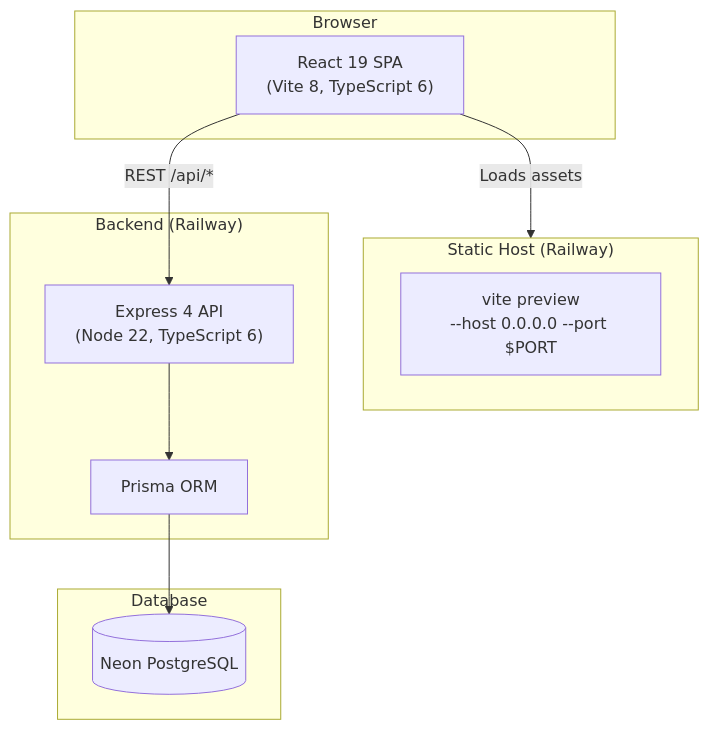
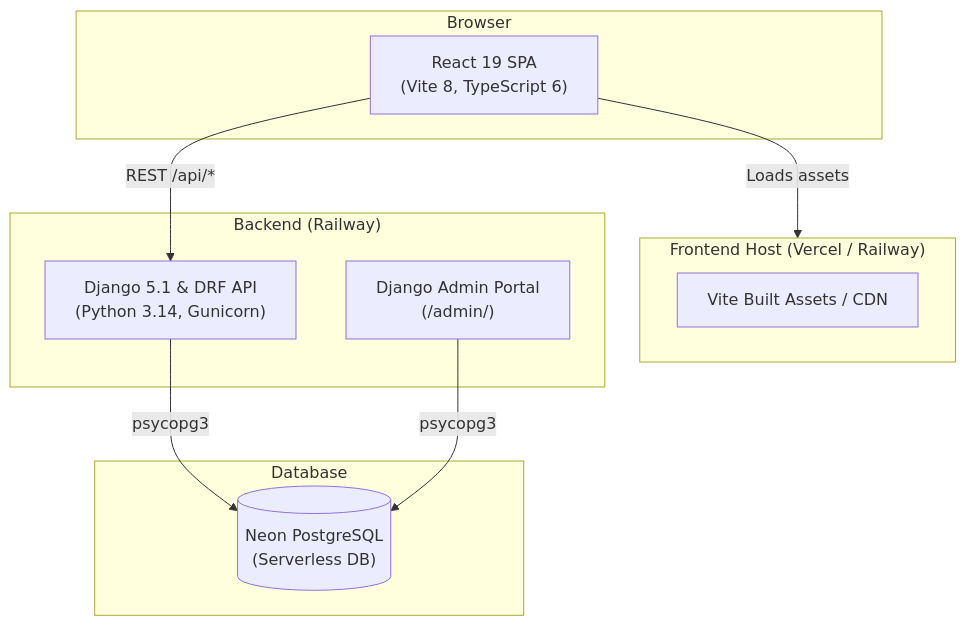
Before and after one commit to Aryan-del-07/studzens: the diagram in docs/ARCHITECTURE.md, drawn with Mermaid. The commit also changed other lines of this file and 5 other files, not shown here.

Commit message:
docs: update system documentation, architecture diagrams & roadmap for Django 5 + DRF backend

````diff
--- a/docs/ARCHITECTURE.md
+++ b/docs/ARCHITECTURE.md
@@ -5,24 +5,24 @@
 ```mermaid
 flowchart TD
     subgraph Client ["Browser"]
         SPA["React 19 SPA\n(Vite 8, TypeScript 6)"]
     end
 
-    subgraph StaticHost ["Static Host (Railway)"]
-        VitePreview["vite preview\n--host 0.0.0.0 --port $PORT"]
+    subgraph StaticHost ["Frontend Host (Vercel / Railway)"]
+        VitePreview["Vite Built Assets / CDN"]
     end
 
     subgraph Backend ["Backend (Railway)"]
-        API["Express 4 API\n(Node 22, TypeScript 6)"]
-        Prisma["Prisma ORM"]
+        API["Django 5.1 & DRF API\n(Python 3.14, Gunicorn)"]
+        Admin["Django Admin Portal\n(/admin/)"]
     end
 
     subgraph Database ["Database"]
-        PG[("Neon PostgreSQL")]
+        PG[("Neon PostgreSQL\n(Serverless DB)")]
     end
 
     SPA -->|Loads assets| StaticHost
     SPA -->|REST /api/*| API
-    API --> Prisma
-    Prisma --> PG
+    API -->|psycopg3| PG
+    Admin -->|psycopg3| PG
 ```
````
